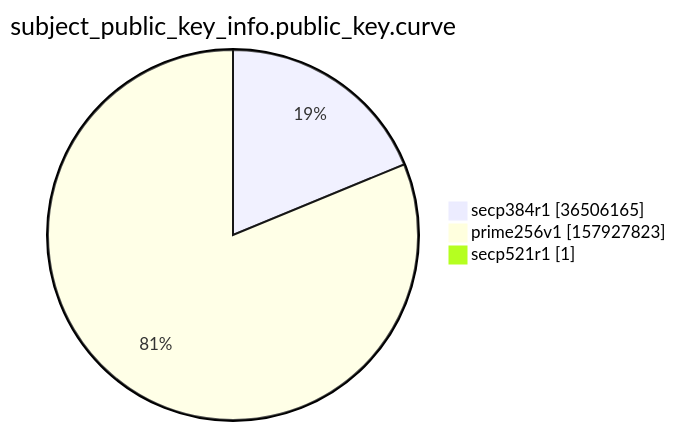
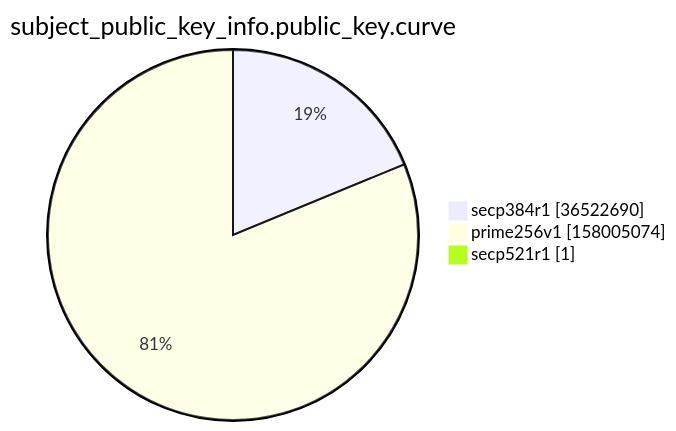
One commit to christiankrug/ctmonitor_visualization changed the ninth of 15 diagrams in argon2022/README.md. Above: the diagram before and after it, drawn with Mermaid. The commit also changed other lines of this file, not shown here.

````diff
--- a/argon2022/README.md
+++ b/argon2022/README.md
@@ -2766,7 +2766,7 @@
 ```mermaid
 pie showData
 title subject_public_key_info.public_key.curve
-"secp384r1" :36506165
-"prime256v1" :157927823
+"secp384r1" :36522690
+"prime256v1" :158005074
 "secp521r1" :1
 ```
````
